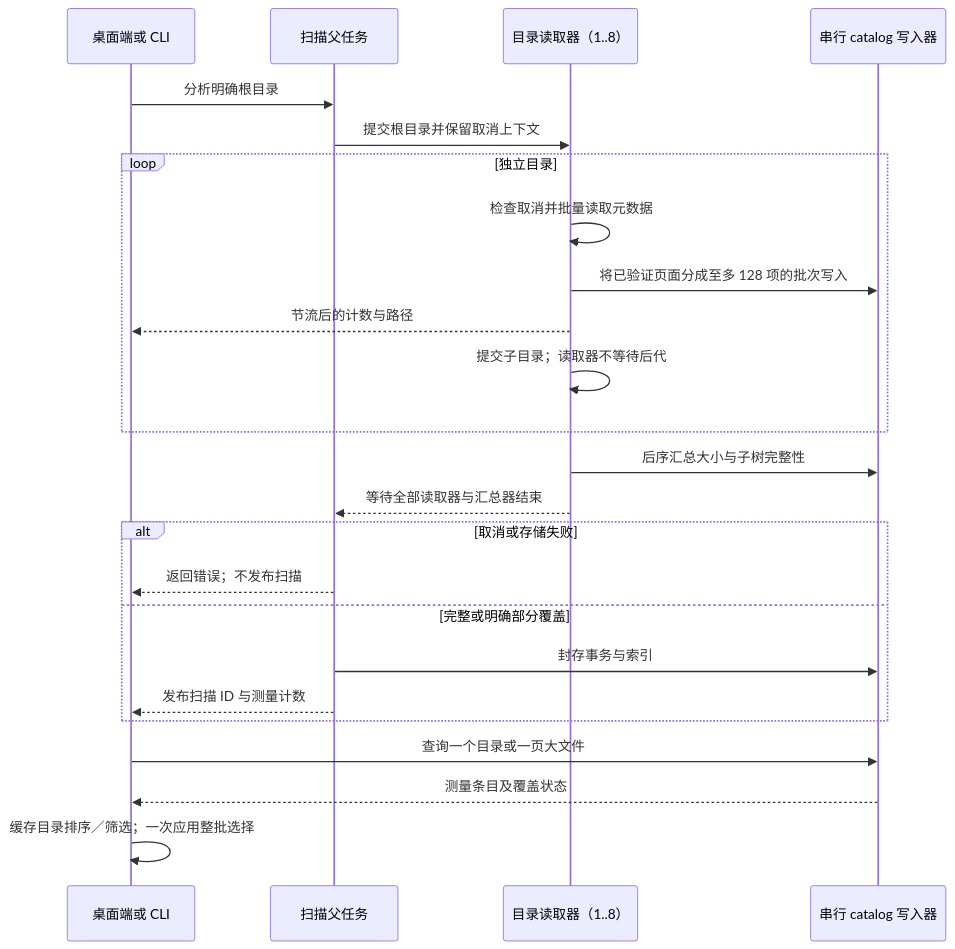
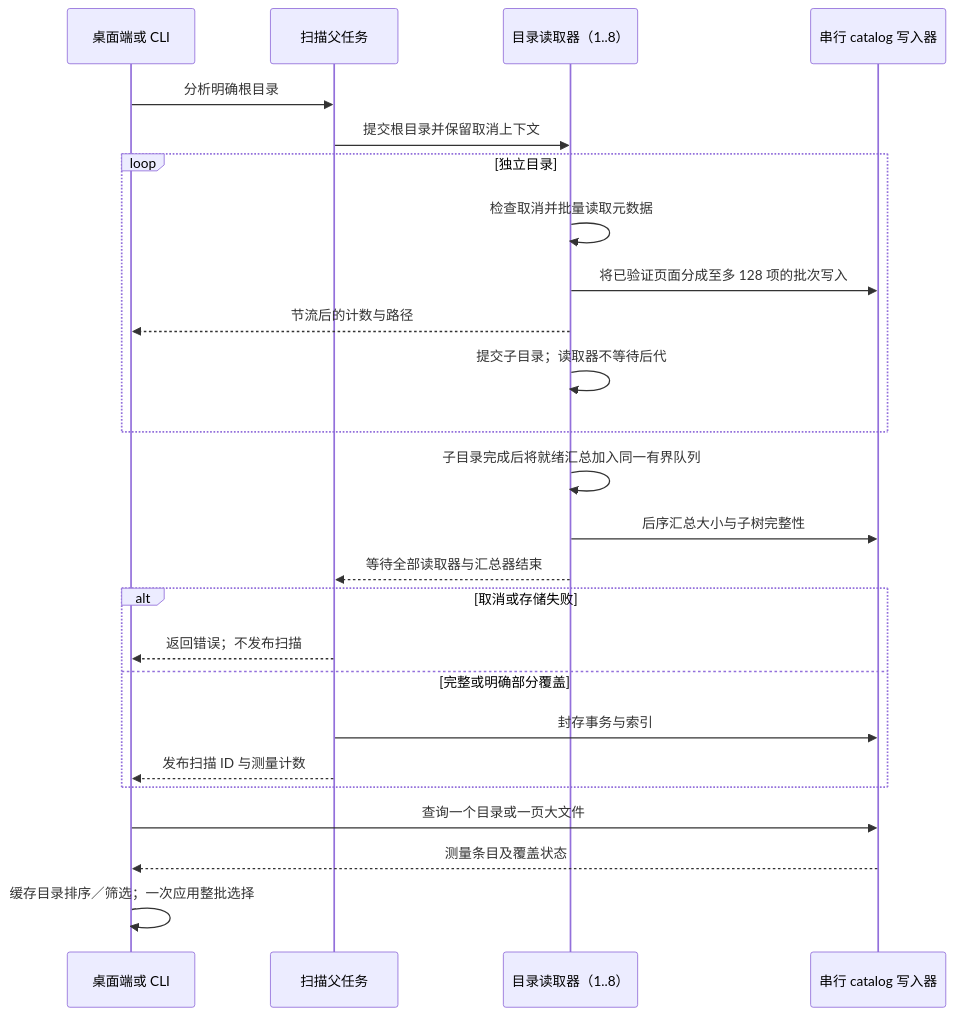
One commit to limecloud/shou changed the second of 2 diagrams in docs/zh-CN/engineering/storage-scan-performance.md. Above: the diagram before and after it, drawn with Mermaid. The commit also changed other lines of this file and 103 other files, not shown here.

````diff
--- a/docs/zh-CN/engineering/storage-scan-performance.md
+++ b/docs/zh-CN/engineering/storage-scan-performance.md
@@ -32,26 +36,27 @@
 ```mermaid
 sequenceDiagram
     participant UI as 桌面端或 CLI
     participant Parent as 扫描父任务
     participant Pool as 目录读取器（1..8）
     participant DB as 串行 catalog 写入器
     UI->>Parent: 分析明确根目录
     Parent->>Pool: 提交根目录并保留取消上下文
     loop 独立目录
         Pool->>Pool: 检查取消并批量读取元数据
         Pool->>DB: 将已验证页面分成至多 128 项的批次写入
         Pool-->>UI: 节流后的计数与路径
         Pool->>Pool: 提交子目录；读取器不等待后代
     end
+    Pool->>Pool: 子目录完成后将就绪汇总加入同一有界队列
     Pool->>DB: 后序汇总大小与子树完整性
     Pool-->>Parent: 等待全部读取器与汇总器结束
     alt 取消或存储失败
         Parent-->>UI: 返回错误；不发布扫描
     else 完整或明确部分覆盖
         Parent->>DB: 封存事务与索引
         Parent-->>UI: 发布扫描 ID 与测量计数
     end
     UI->>DB: 查询一个目录或一页大文件
     DB-->>UI: 测量条目及覆盖状态
     UI->>UI: 缓存目录排序／筛选；一次应用整批选择
 ```
````
